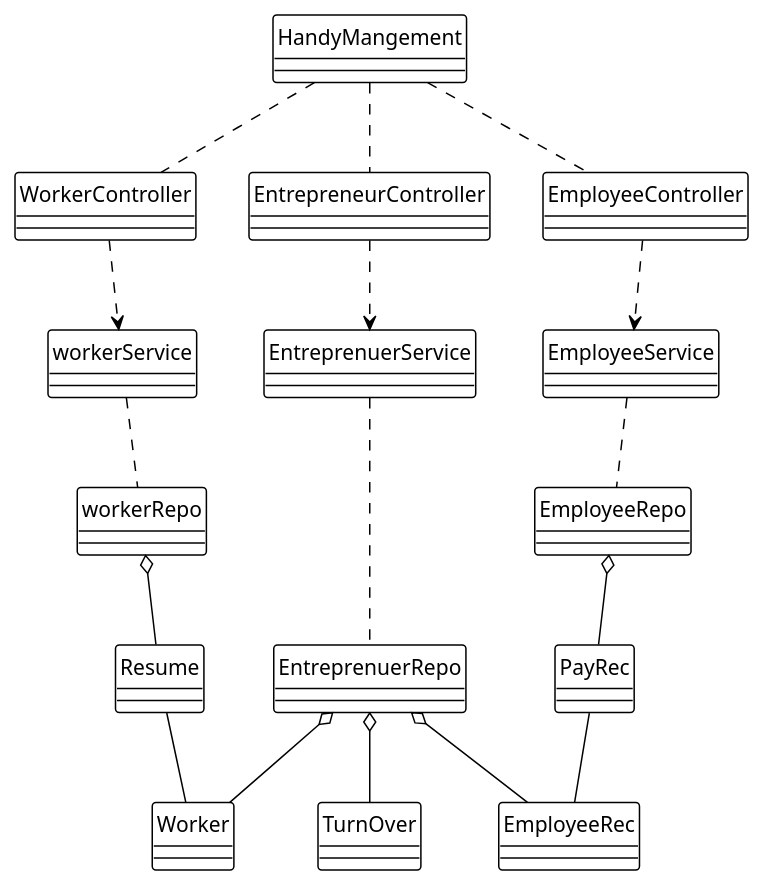
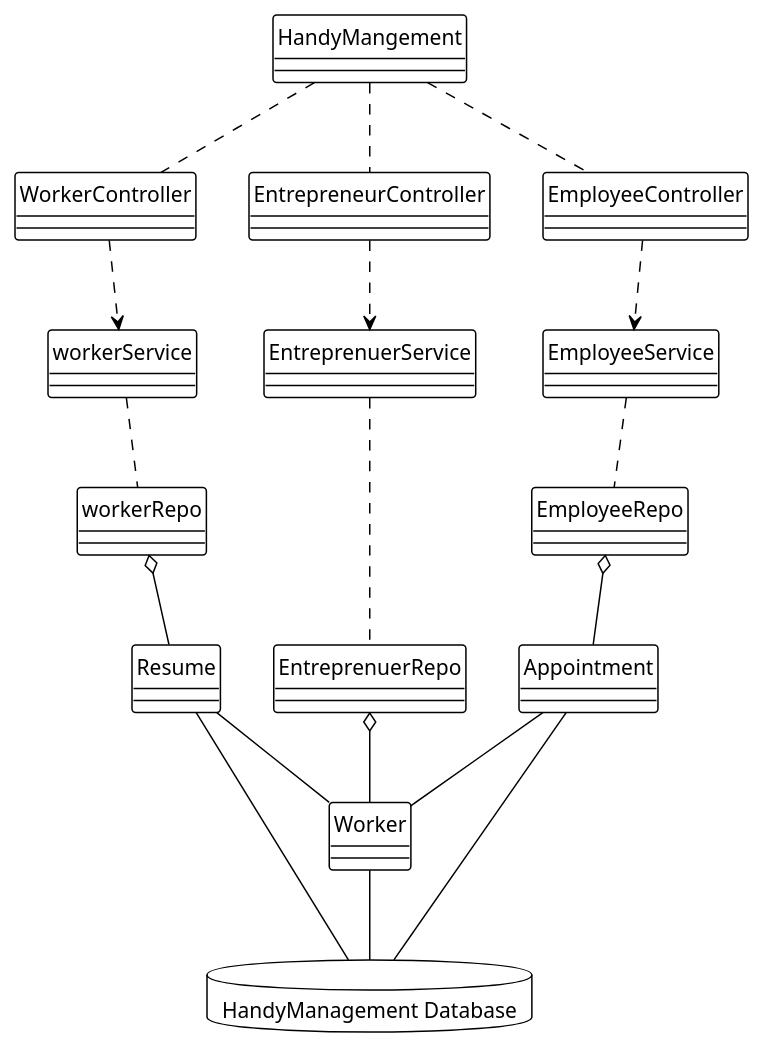
One commit to CPA-Developer/ProjectRepo changed the diagram in handyManagement.puml. Above: the diagram before and after it, drawn with PlantUML.

Commit message:
updated design diagram

```diff
--- a/handyManagement.puml
+++ b/handyManagement.puml
@@ -1,62 +1,66 @@
 @startuml Handy Mangement
 skinparam style Strictuml
 
 !theme plain
 
 
 class HandyMangement {
    
 }
 
 class WorkerController {
    
 }
 
 class EntrepreneurController {
    
 }
 
 class EmployeeController {
 
 }
 
 class workerService{}
 class workerRepo{}
 
 class EmployeeService{}
 class EmployeeRepo{}
 
 class EntreprenuerService{}
 class EntreprenuerRepo{}
 
-
+database "HandyManagement Database"{
+}
 
 
 HandyMangement .. WorkerController
 HandyMangement .. EntrepreneurController
 HandyMangement .. EmployeeController
 
 
 WorkerController ..> workerService
 EntrepreneurController ..> EntreprenuerService
 EmployeeController ..> EmployeeService
 
 
 workerService .. workerRepo
 EmployeeService .. EmployeeRepo
 EntreprenuerService .. EntreprenuerRepo
 
 workerRepo o-- Resume 
 EntreprenuerRepo o--Worker 
-EntreprenuerRepo o--EmployeeRec
-EntreprenuerRepo o-- TurnOver
-EmployeeRepo o-- PayRec 
-PayRec -- EmployeeRec
+
+EmployeeRepo o-- Appointment 
+Appointment -- Worker
 
 Resume --Worker
+
+Worker -- "HandyManagement Database"
+Appointment -- "HandyManagement Database"
+Resume -- "HandyManagement Database"
 
 
 
 
 
 @enduml
```
